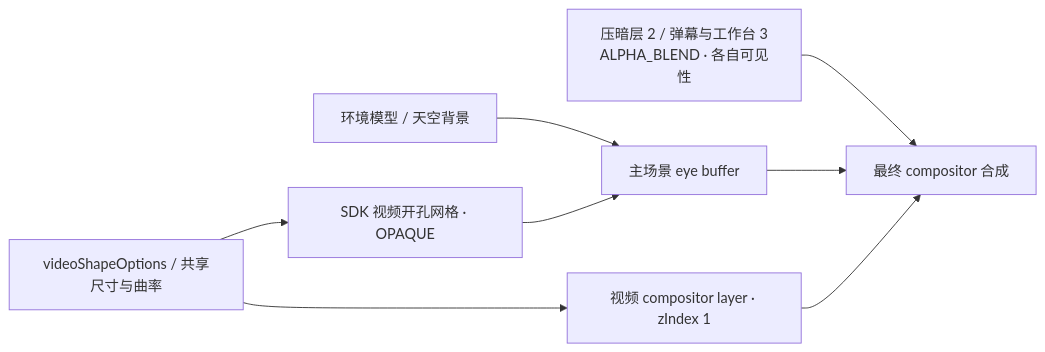
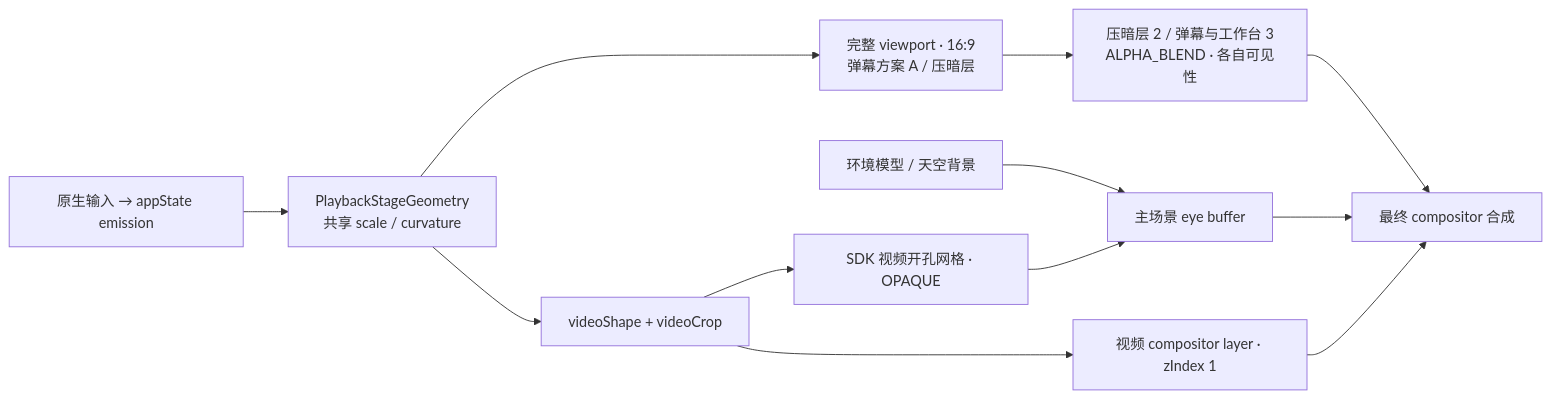
Before and after one commit to Powdered-Delta/viriviri: the second of 5 diagrams in docs/ui-structure-and-terminology.md, drawn with Mermaid. The commit also changed other lines of this file and 5 other files, not shown here.

Commit message:
fix: unify stage geometry crop and full-width danmaku

````diff
--- a/docs/ui-structure-and-terminology.md
+++ b/docs/ui-structure-and-terminology.md
@@ -128,10 +135,14 @@
 ```mermaid
 flowchart LR
     Env["环境模型 / 天空背景"] --> Eye["主场景 eye buffer"]
-    Shape["videoShapeOptions / 共享尺寸与曲率"] --> Aperture["SDK 视频开孔网格 · OPAQUE"]
+    Params["原生输入 → appState emission"] --> Geometry["PlaybackStageGeometry<br/>共享 scale / curvature"]
+    Geometry --> Shape["videoShape + videoCrop"]
+    Geometry --> Viewport["完整 viewport · 16:9<br/>弹幕方案 A / 压暗层"]
+    Shape --> Aperture["SDK 视频开孔网格 · OPAQUE"]
     Shape --> Video["视频 compositor layer · zIndex 1"]
     Aperture --> Eye
-    UI["压暗层 2 / 弹幕与工作台 3<br/>ALPHA_BLEND · 各自可见性"] --> Composite["最终 compositor 合成"]
+    Viewport --> UI["压暗层 2 / 弹幕与工作台 3<br/>ALPHA_BLEND · 各自可见性"]
+    UI --> Composite["最终 compositor 合成"]
     Eye --> Composite
     Video --> Composite
 ```
````
